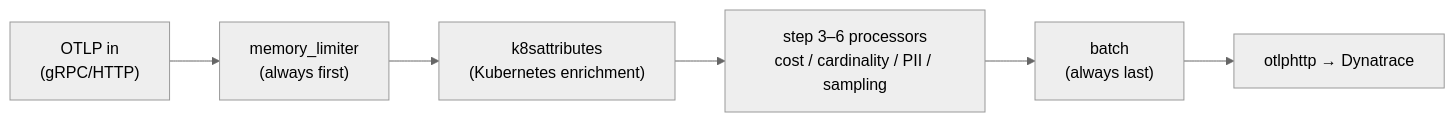
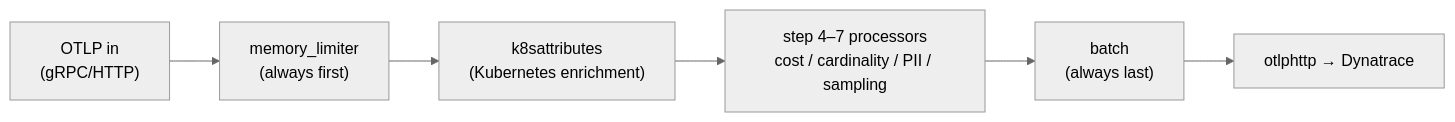
Before and after one commit to agardnerIT/Otel-Training: the third of 3 diagrams in docs-site/advanced/environment.md, drawn with Mermaid (neutral theme). The commit also changed other lines of this file and 16 other files, not shown here.

````diff
--- a/docs-site/advanced/environment.md
+++ b/docs-site/advanced/environment.md
@@ -57,8 +100,8 @@
 ```mermaid
 flowchart LR
   otlp["OTLP in<br/>(gRPC/HTTP)"] --> ml["memory_limiter<br/>(always first)"]
   ml --> k8s["k8sattributes<br/>(Kubernetes enrichment)"]
-  k8s --> mid["step 3–6 processors<br/>cost / cardinality / PII / sampling"]
+  k8s --> mid["step 4–7 processors<br/>cost / cardinality / PII / sampling"]
   mid --> batch["batch<br/>(always last)"]
   batch --> dtx["otlphttp → Dynatrace"]
 ```
````
